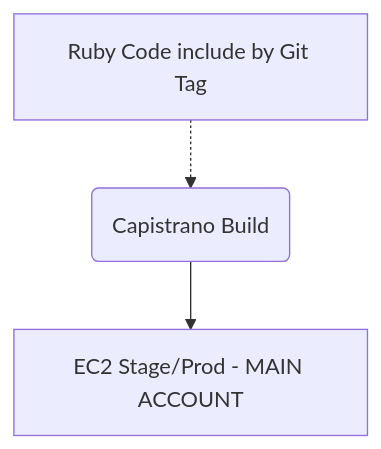
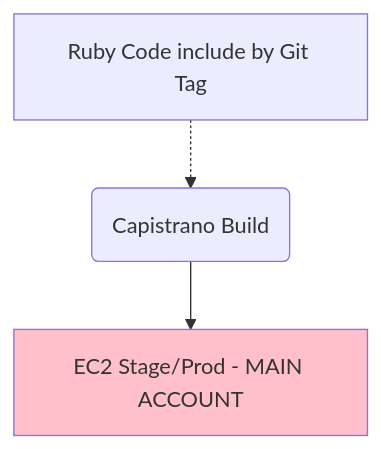
The sixth of 11 diagrams in design/aws-build/README.md (CDLUC3/mrt-doc), drawn with Mermaid before and after one commit. The commit also changed other lines of this file, not shown here.

````diff
--- a/design/aws-build/README.md
+++ b/design/aws-build/README.md
@@ -205,8 +206,9 @@
 ```mermaid
 graph TD
   Build(Capistrano Build)
   Gems[Ruby Code include by Git Tag]
   Gems -.-> Build
   Build --> EC2
   EC2[EC2 Stage/Prod - MAIN ACCOUNT]
+  style EC2 fill:pink
 ```
````
